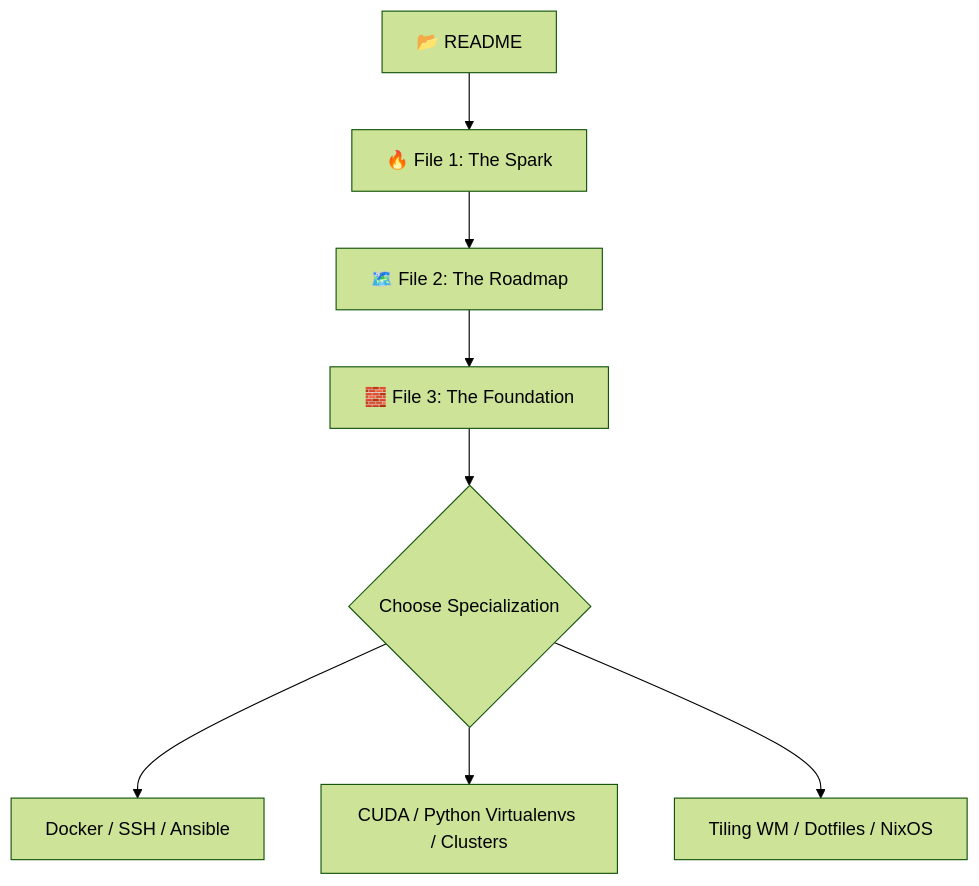
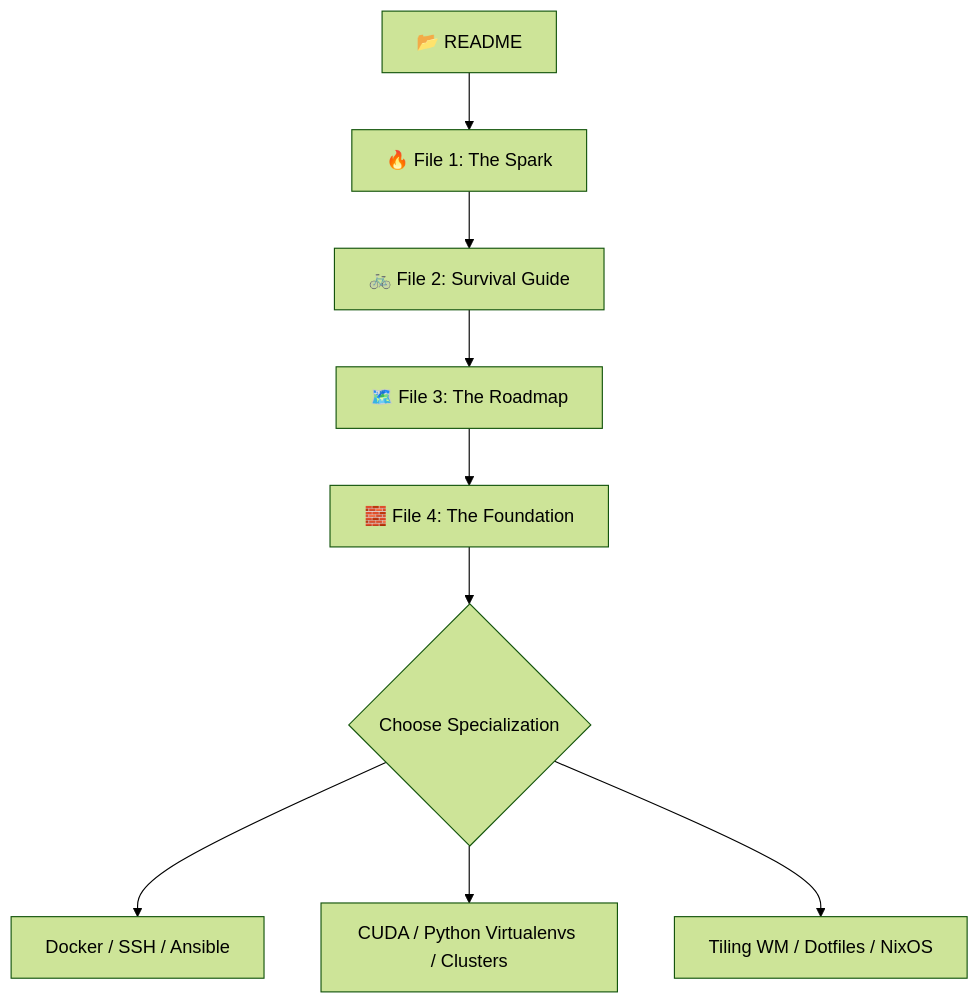
The second of 4 diagrams in README.md (Harshajaya13/Foss-Club), drawn with Mermaid (forest theme) before and after one commit. The commit also changed other lines of this file and 15 other files, not shown here.

````diff
--- a/README.md
+++ b/README.md
@@ -78,11 +80,12 @@
 ```mermaid
 graph TD
     Start["📂 README"] --> Spark["🔥 File 1: The Spark"]
-    Spark --> Roadmap["🗺️ File 2: The Roadmap"]
-    Roadmap --> Foundation["🧱 File 3: The Foundation"]
+    Spark --> Survival["🚲 File 2: Survival Guide"]
+    Survival --> Roadmap["🗺️ File 3: The Roadmap"]
+    Roadmap --> Foundation["🧱 File 4: The Foundation"]
     Foundation --> Specialize{Choose Specialization}
     
     Specialize --> DevOps["Docker / SSH / Ansible"]
     Specialize --> AI["CUDA / Python Virtualenvs / Clusters"]
     Specialize --> Custom["Tiling WM / Dotfiles / NixOS"]
 ```
````
